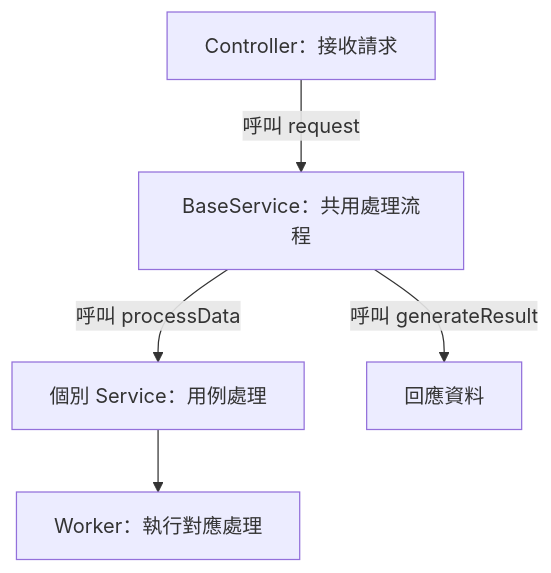
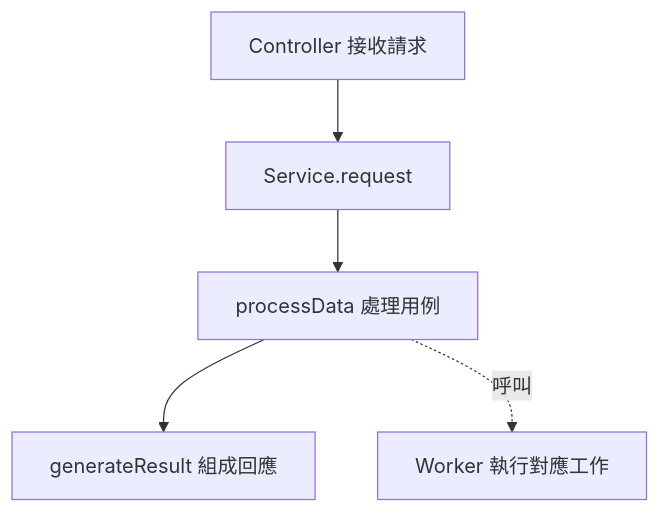
One commit to highhao/insurance-saas-platform changed the diagram in architecture-demo.md. Above: the diagram before and after it, drawn with Mermaid. The commit also changed other lines of this file and 1 other file, not shown here.

Commit message:
Improve portfolio layout and diagram readability

````diff
--- a/architecture-demo.md
+++ b/architecture-demo.md
@@ -5,7 +5,7 @@
 ```mermaid
 flowchart TB
-    C[Controller：接收請求] -->|呼叫 request| B[BaseService：共用處理流程]
-    B -->|呼叫 processData| S[個別 Service：用例處理]
-    S --> W[Worker：執行對應處理]
-    B -->|呼叫 generateResult| R[回應資料]
+    C[Controller 接收請求] --> B[Service.request]
+    B --> P[processData 處理用例]
+    P --> R[generateResult 組成回應]
+    P -. 呼叫 .-> W[Worker 執行對應工作]
 ```
````
